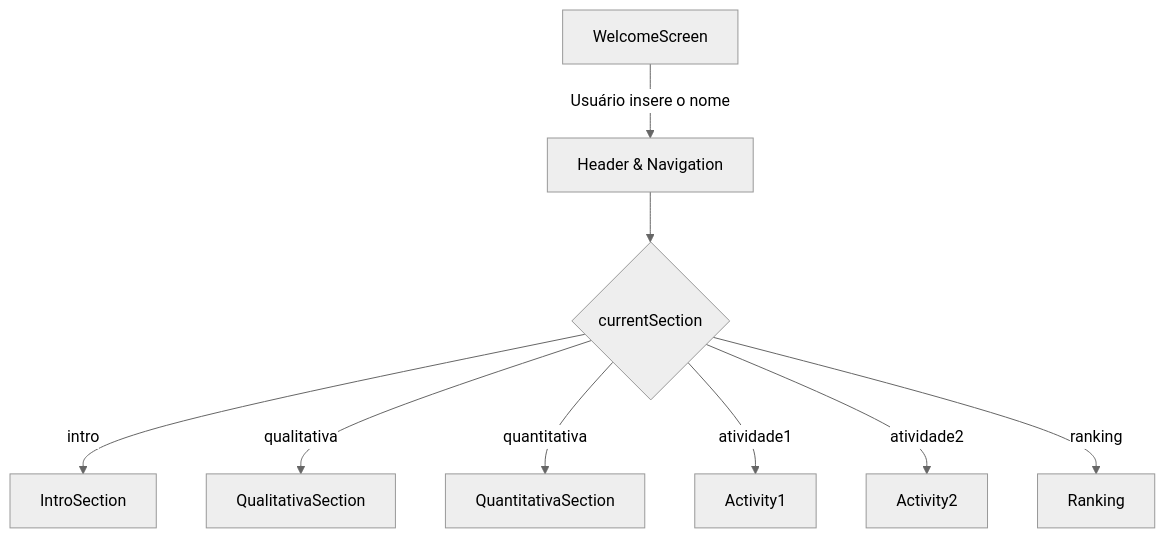
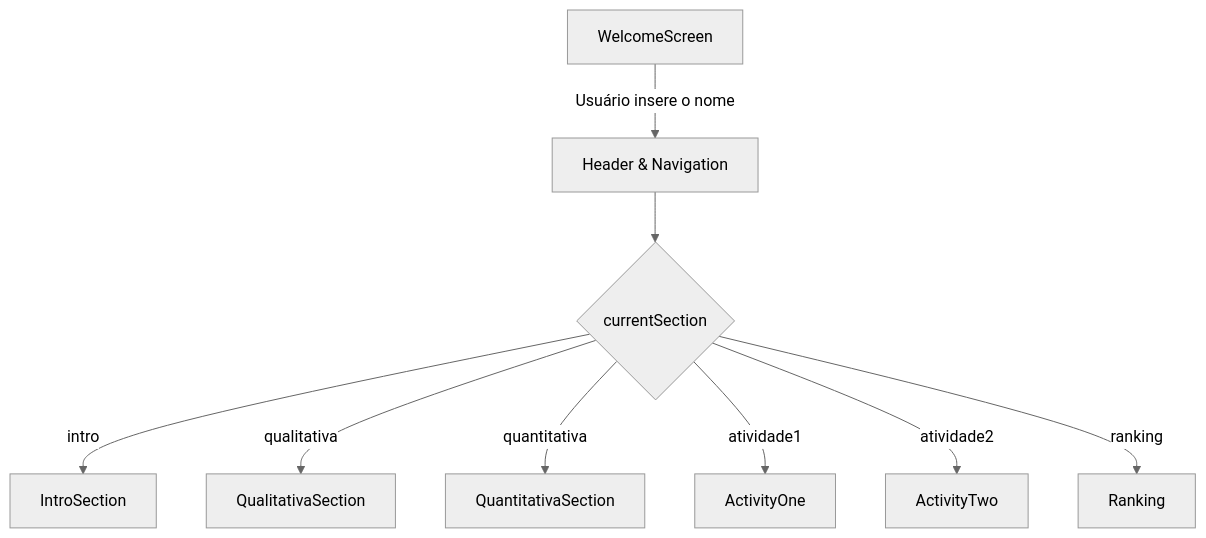
One commit to FernandoAurelius/scientific-adventure changed the diagram in README.md. Above: the diagram before and after it, drawn with Mermaid (neutral theme). The commit also changed other lines of this file, not shown here.

Commit message:
fix(README.md): rename Activity1 to ActivityOne and Activity2 to ActivityTwo to improve semantics

````diff
--- a/README.md
+++ b/README.md
@@ -55,11 +55,11 @@
 ```mermaid
 flowchart TD
 A[WelcomeScreen] -->|Usuário insere o nome| B[Header & Navigation]
 B --> C{currentSection}
 C -->|intro| D[IntroSection]
 C -->|qualitativa| E[QualitativaSection]
 C -->|quantitativa| F[QuantitativaSection]
-C -->|atividade1| G[Activity1]
-C -->|atividade2| H[Activity2]
+C -->|atividade1| G[ActivityOne]
+C -->|atividade2| H[ActivityTwo]
 C -->|ranking| I[Ranking]
 ```
````
